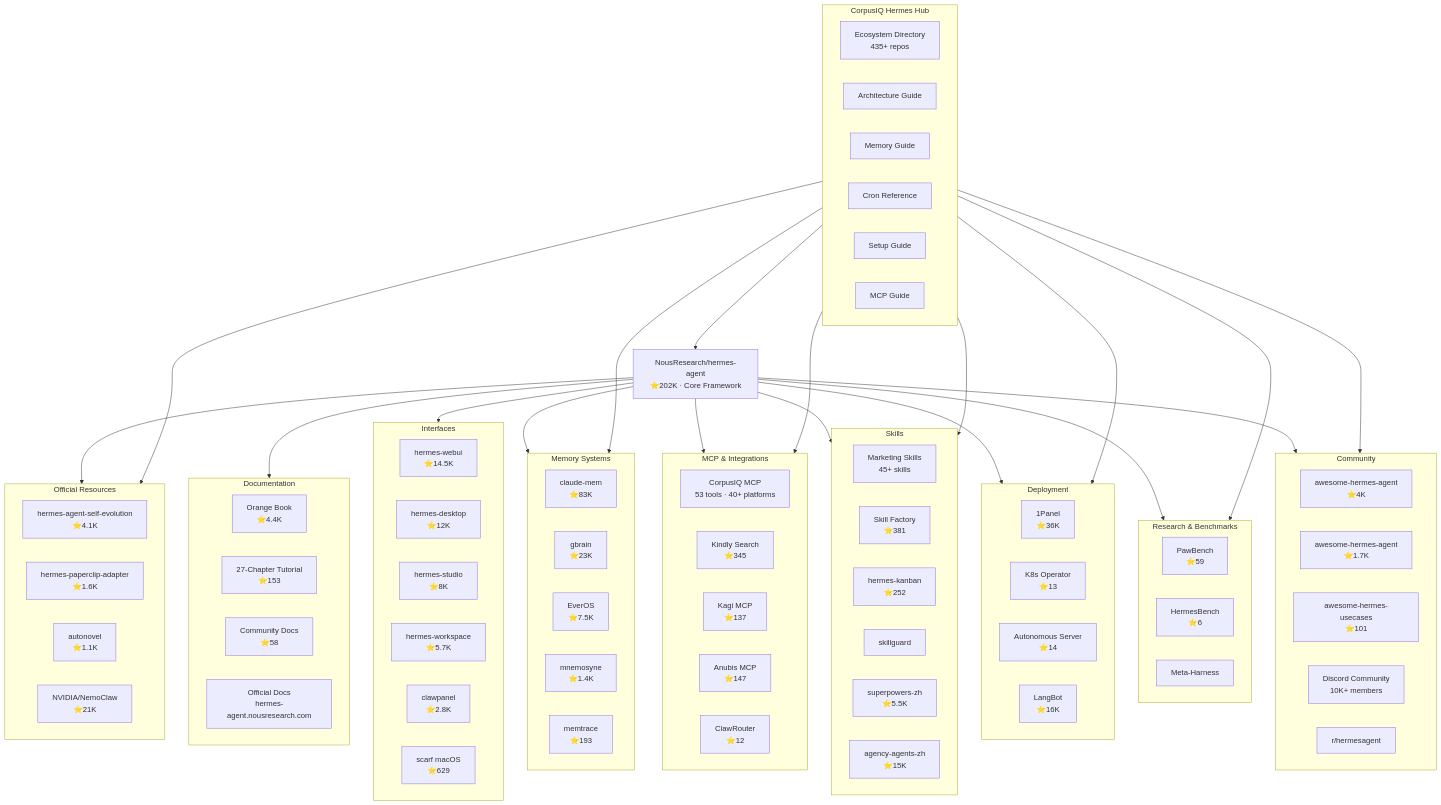
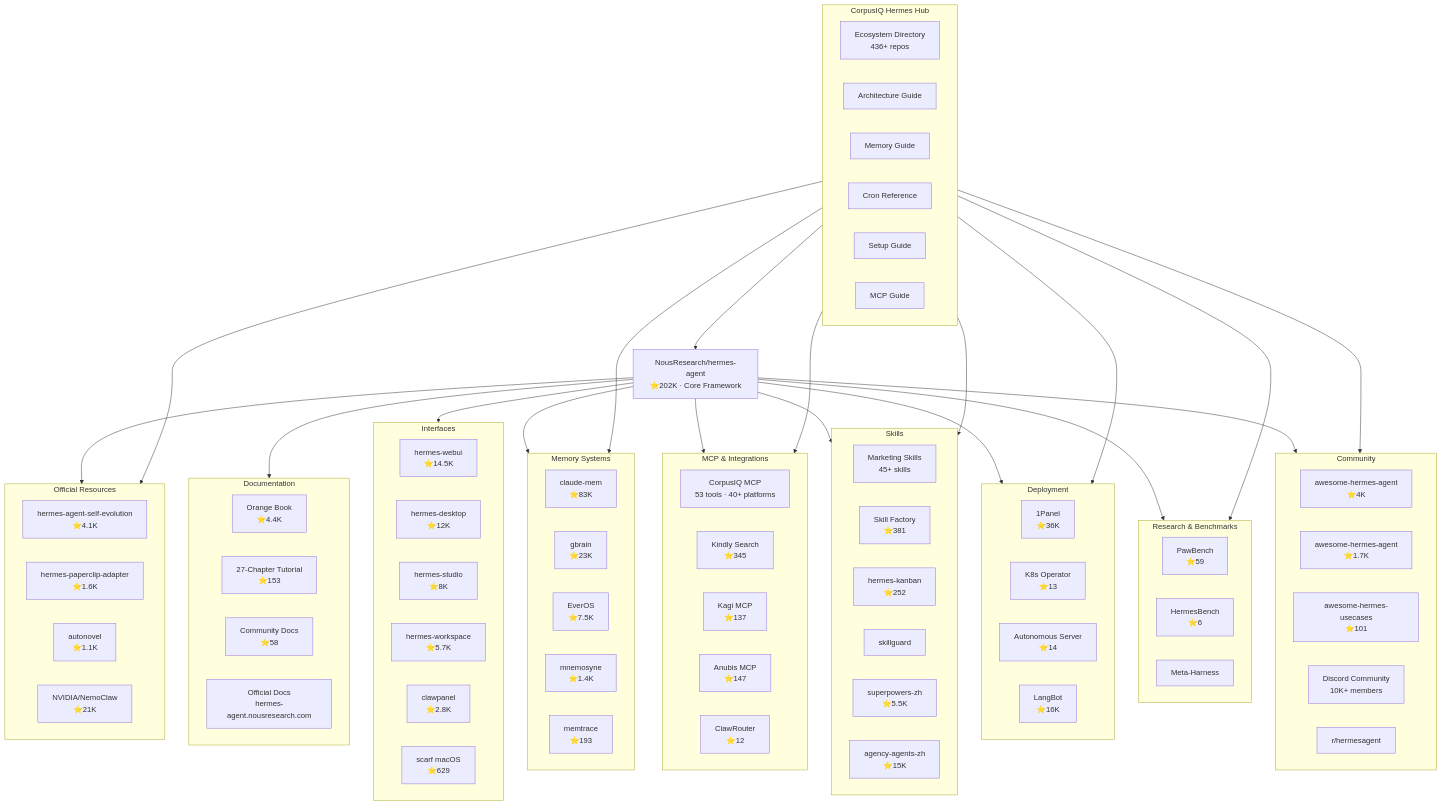
The first of 4 diagrams in hermes/ecosystem-map.md (CorpusIQ/corpusiq-docs), drawn with Mermaid before and after one commit. The commit also changed other lines of this file and 12 other files, not shown here.

```diff
--- a/hermes/ecosystem-map.md
+++ b/hermes/ecosystem-map.md
@@ -88,7 +88,7 @@
     end
 
     subgraph CORPUSIQ_HUB[CorpusIQ Hermes Hub]
-        ECOSYSTEM[Ecosystem Directory<br/>435+ repos]
+        ECOSYSTEM[Ecosystem Directory<br/>436+ repos]
         ARCHITECTURE[Architecture Guide]
         KNOWLEDGE[Memory Guide]
         CRONS[Cron Reference]
```
